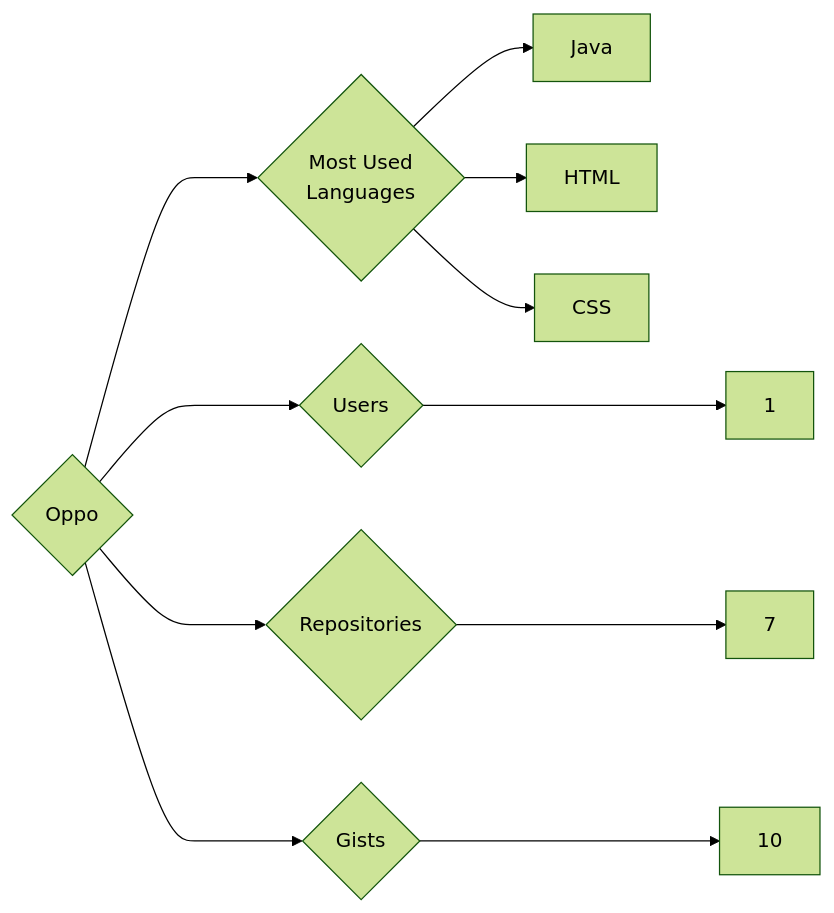
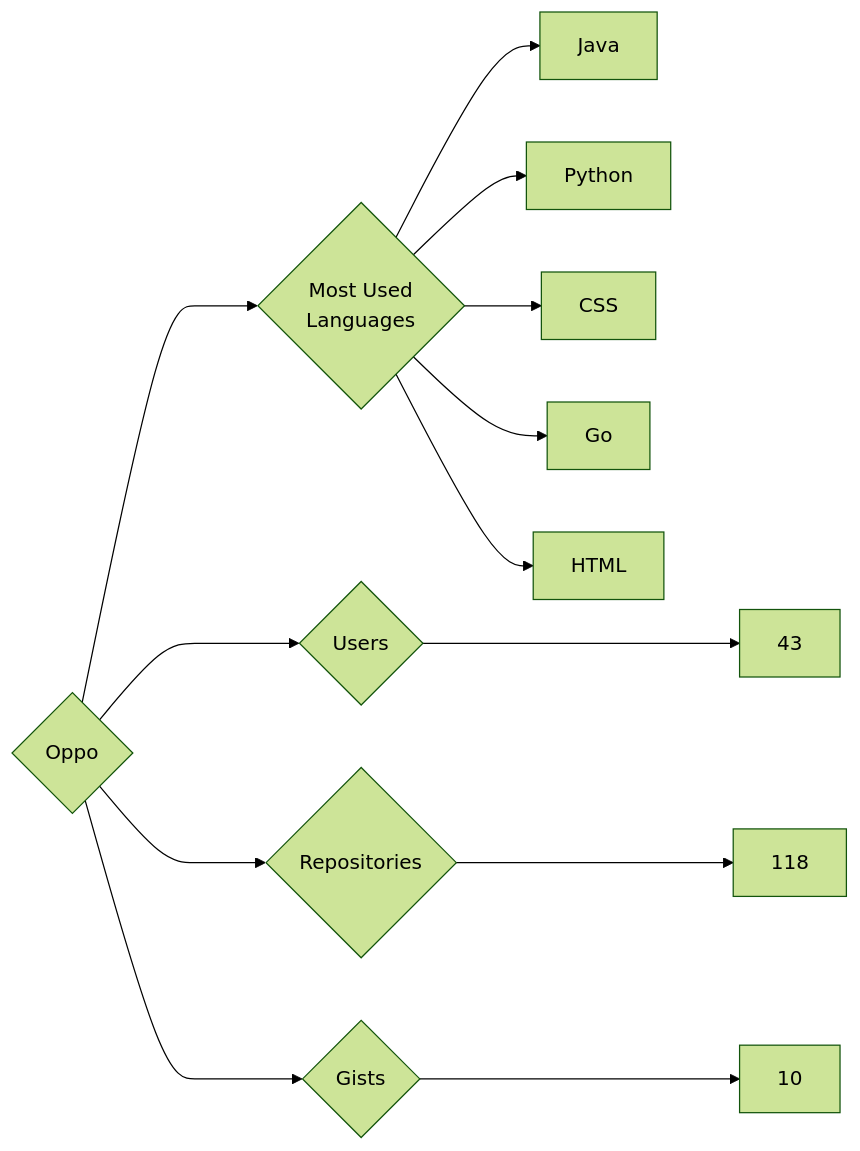
One commit to trickest/insiders changed the diagram in targets/Oppo/README.md. Above: the diagram before and after it, drawn with Mermaid (forest theme). The commit also changed 878 other files, not shown here.

````diff
--- a/targets/Oppo/README.md
+++ b/targets/Oppo/README.md
@@ -3,11 +3,13 @@
 ```mermaid
 graph LR
 COMPANY_NAME{Oppo}
-COMPANY_NAME ---> U{Users} ---> UN[1]
-COMPANY_NAME ---> R{Repositories} ---> RN[7]
+COMPANY_NAME ---> U{Users} ---> UN[43]
+COMPANY_NAME ---> R{Repositories} ---> RN[118]
 COMPANY_NAME ---> G{Gists} ---> GN[10]
 COMPANY_NAME ---> ML{Most Used<br>Languages}
 ML --> Java[Java]
+ML --> Python[Python]
+ML --> CSS[CSS]
+ML --> Go[Go]
 ML --> HTML[HTML]
-ML --> CSS[CSS]
 ```
````
